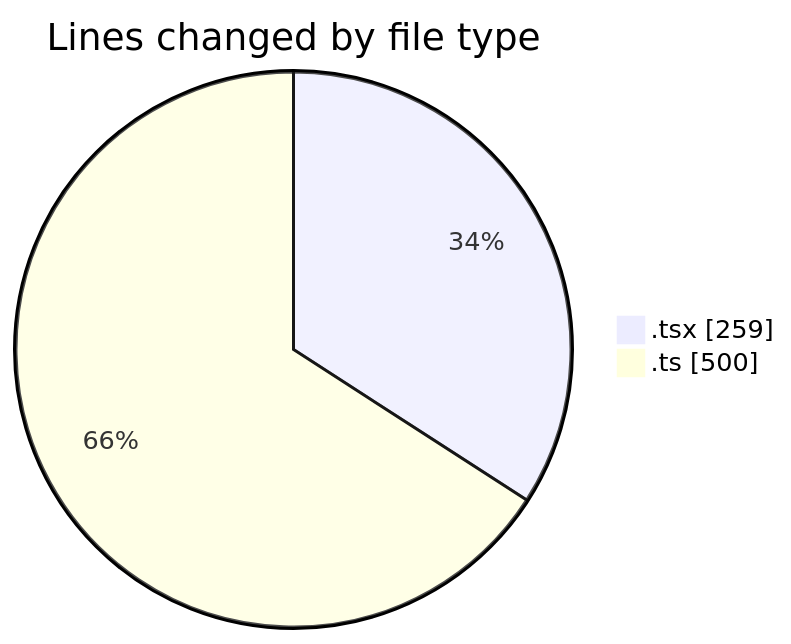
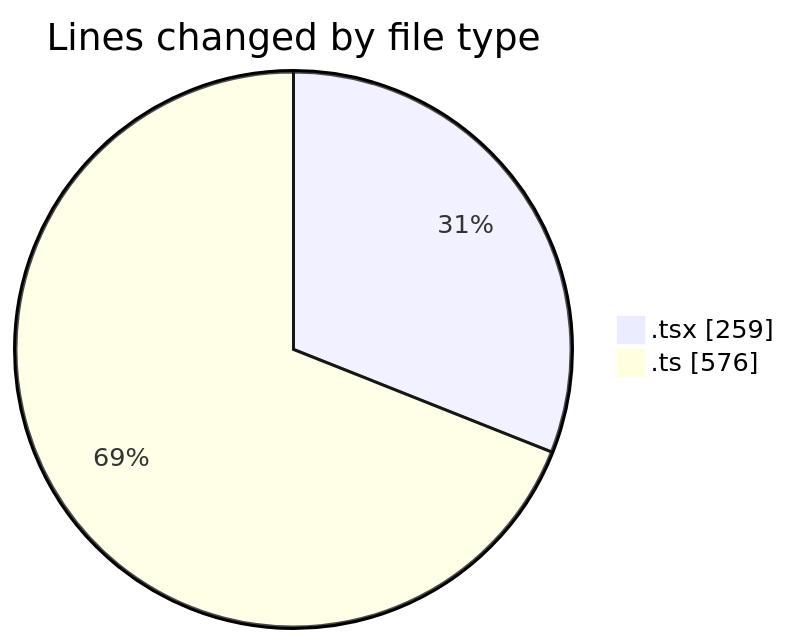
One commit to momahboobian/code-tracking changed the first of 2 diagrams in 2026-03-27/cda/README.md. Above: the diagram before and after it, drawn with Mermaid. The commit also changed other lines of this file and 1 other file, not shown here.

````diff
--- a/2026-03-27/cda/README.md
+++ b/2026-03-27/cda/README.md
@@ -22,6 +22,6 @@
 ```mermaid
 pie showData
 title Lines changed by file type
 ".tsx" : 259
-".ts" : 500
+".ts" : 576
 ```
````
